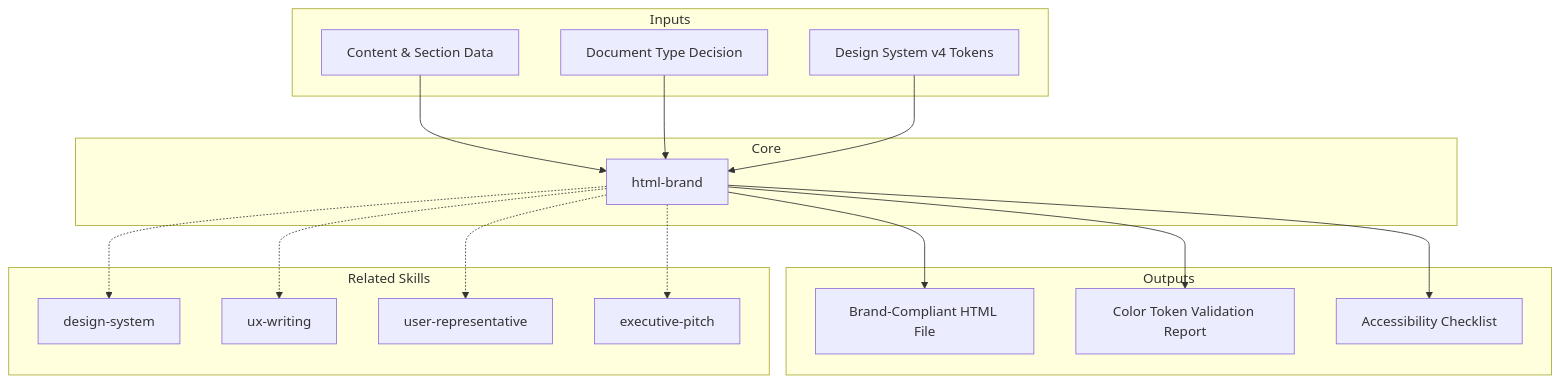
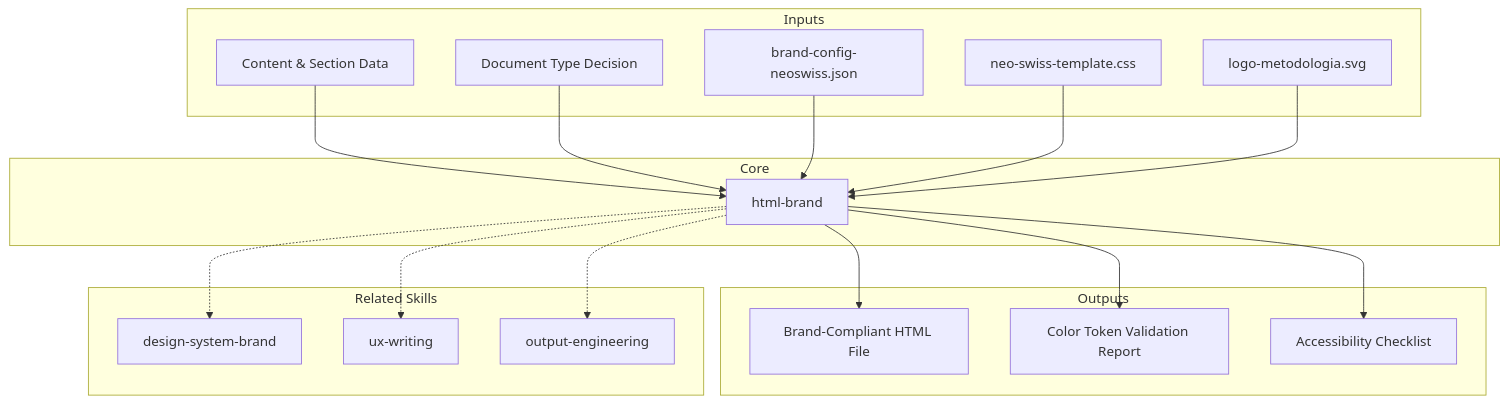
Before and after one commit to javiermontano-sofka/sofka-discovery-framework-public: the diagram in metodologia-discovery-framework/skills/html-brand/SKILL.md, drawn with Mermaid. The commit also changed other lines of this file and 104 other files, not shown here.

First line of the commit message:
feat(mao): update MetodologIA Discovery Framework — brand-docx/pptx/xlsx, priming-rag, design-system

````diff
--- a/metodologia-discovery-framework/skills/html-brand/SKILL.md
+++ b/metodologia-discovery-framework/skills/html-brand/SKILL.md
@@ -86,22 +133,23 @@
 ```mermaid
 graph TD
     subgraph Core
         HB[html-brand]
     end
     subgraph Inputs
         CNT[Content & Section Data] --> HB
         DT[Document Type Decision] --> HB
-        DS[Design System v4 Tokens] --> HB
+        BC[brand-config-neoswiss.json] --> HB
+        CSS[neo-swiss-template.css] --> HB
+        LOGO[logo-metodologia.svg] --> HB
     end
     subgraph Outputs
         HB --> HTML[Brand-Compliant HTML File]
         HB --> AUDIT[Color Token Validation Report]
         HB --> A11Y[Accessibility Checklist]
     end
     subgraph Related Skills
-        HB -.-> DSK[design-system]
+        HB -.-> DSK[design-system-brand]
         HB -.-> UW[ux-writing]
-        HB -.-> UR[user-representative]
-        HB -.-> EP[executive-pitch]
+        HB -.-> OE[output-engineering]
     end
 ```
````
